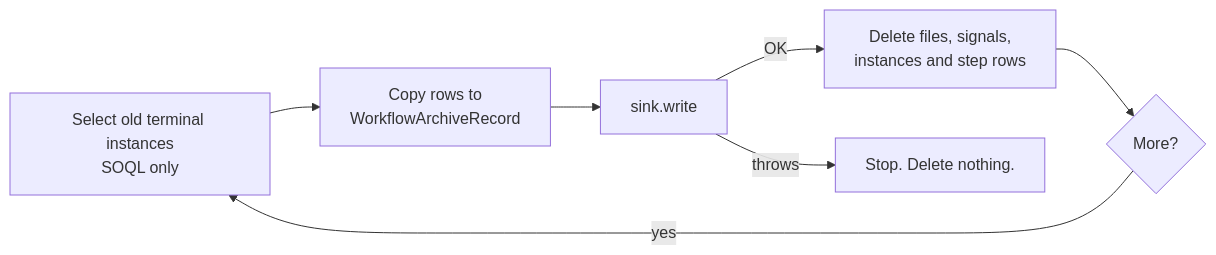
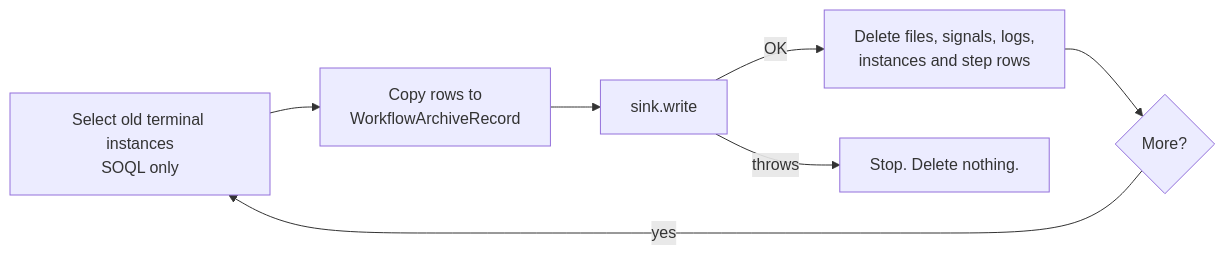
Before and after one commit to madmax983/revenant: the diagram in docs/archive.md, drawn with Mermaid. The commit also changed other lines of this file and 15 other files, not shown here.

````diff
--- a/docs/archive.md
+++ b/docs/archive.md
@@ -12,9 +12,9 @@
 ```mermaid
 flowchart LR
   A[Select old terminal instances<br/>SOQL only] --> B[Copy rows to<br/>WorkflowArchiveRecord]
   B --> C[sink.write]
-  C -->|OK| D[Delete files, signals,<br/>instances and step rows]
+  C -->|OK| D[Delete files, signals, logs,<br/>instances and step rows]
   C -->|throws| E[Stop. Delete nothing.]
   D --> F{More?}
   F -->|yes| A
 ```
````
